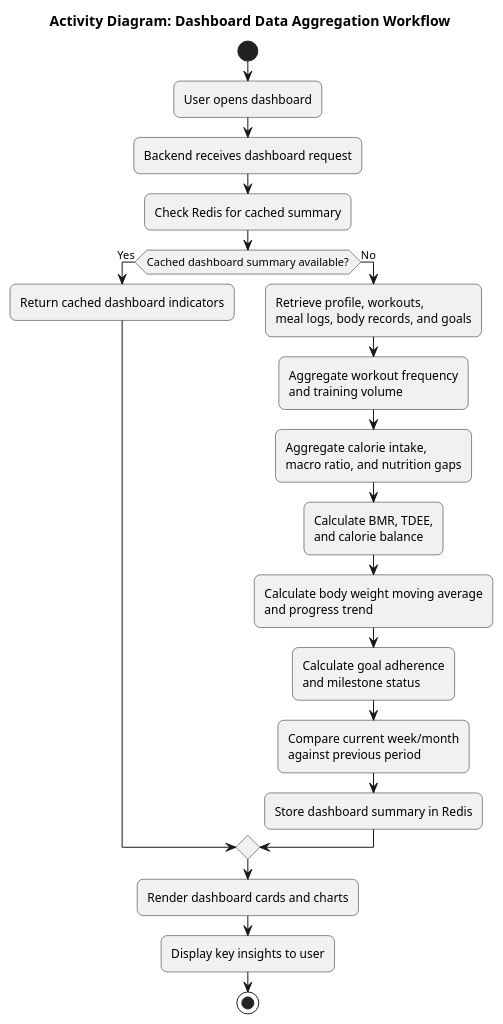
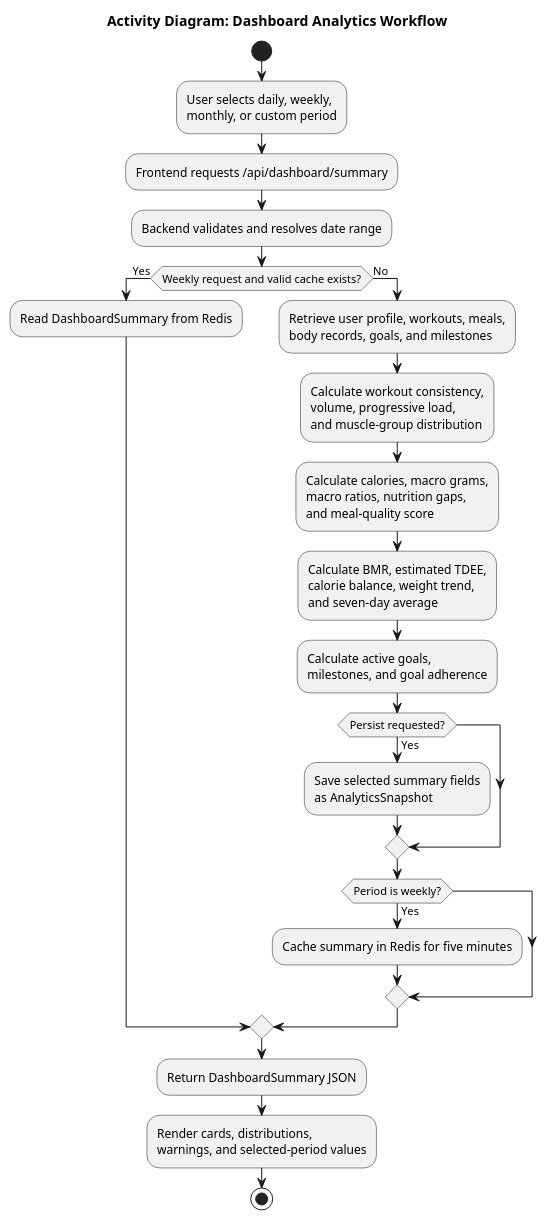
One commit to liyida233/AI-Nurtriion changed the diagram in docs/UML/16_dashboard_activity_diagram.puml. Above: the diagram before and after it, drawn with PlantUML. The commit also changed 192 other files, not shown here.

```diff
--- a/docs/UML/16_dashboard_activity_diagram.puml
+++ b/docs/UML/16_dashboard_activity_diagram.puml
@@ -1,29 +1,33 @@
 @startuml
-title Activity Diagram: Dashboard Data Aggregation Workflow
+title Activity Diagram: Dashboard Analytics Workflow
 
 skinparam backgroundColor white
 skinparam shadowing false
-skinparam roundcorner 12
 
 start
-:User opens dashboard;
-:Backend receives dashboard request;
-:Check Redis for cached summary;
+:User selects daily, weekly,\nmonthly, or custom period;
+:Frontend requests /api/dashboard/summary;
+:Backend validates and resolves date range;
 
-if (Cached dashboard summary available?) then (Yes)
-  :Return cached dashboard indicators;
+if (Weekly request and valid cache exists?) then (Yes)
+  :Read DashboardSummary from Redis;
 else (No)
-  :Retrieve profile, workouts,\nmeal logs, body records, and goals;
-  :Aggregate workout frequency\nand training volume;
-  :Aggregate calorie intake,\nmacro ratio, and nutrition gaps;
-  :Calculate BMR, TDEE,\nand calorie balance;
-  :Calculate body weight moving average\nand progress trend;
-  :Calculate goal adherence\nand milestone status;
-  :Compare current week/month\nagainst previous period;
-  :Store dashboard summary in Redis;
+  :Retrieve user profile, workouts, meals,\nbody records, goals, and milestones;
+  :Calculate workout consistency,\nvolume, progressive load,\nand muscle-group distribution;
+  :Calculate calories, macro grams,\nmacro ratios, nutrition gaps,\nand meal-quality score;
+  :Calculate BMR, estimated TDEE,\ncalorie balance, weight trend,\nand seven-day average;
+  :Calculate active goals,\nmilestones, and goal adherence;
+
+  if (Persist requested?) then (Yes)
+    :Save selected summary fields\nas AnalyticsSnapshot;
+  endif
+
+  if (Period is weekly?) then (Yes)
+    :Cache summary in Redis for five minutes;
+  endif
 endif
 
-:Render dashboard cards and charts;
-:Display key insights to user;
+:Return DashboardSummary JSON;
+:Render cards, distributions,\nwarnings, and selected-period values;
 stop
 @enduml
```
